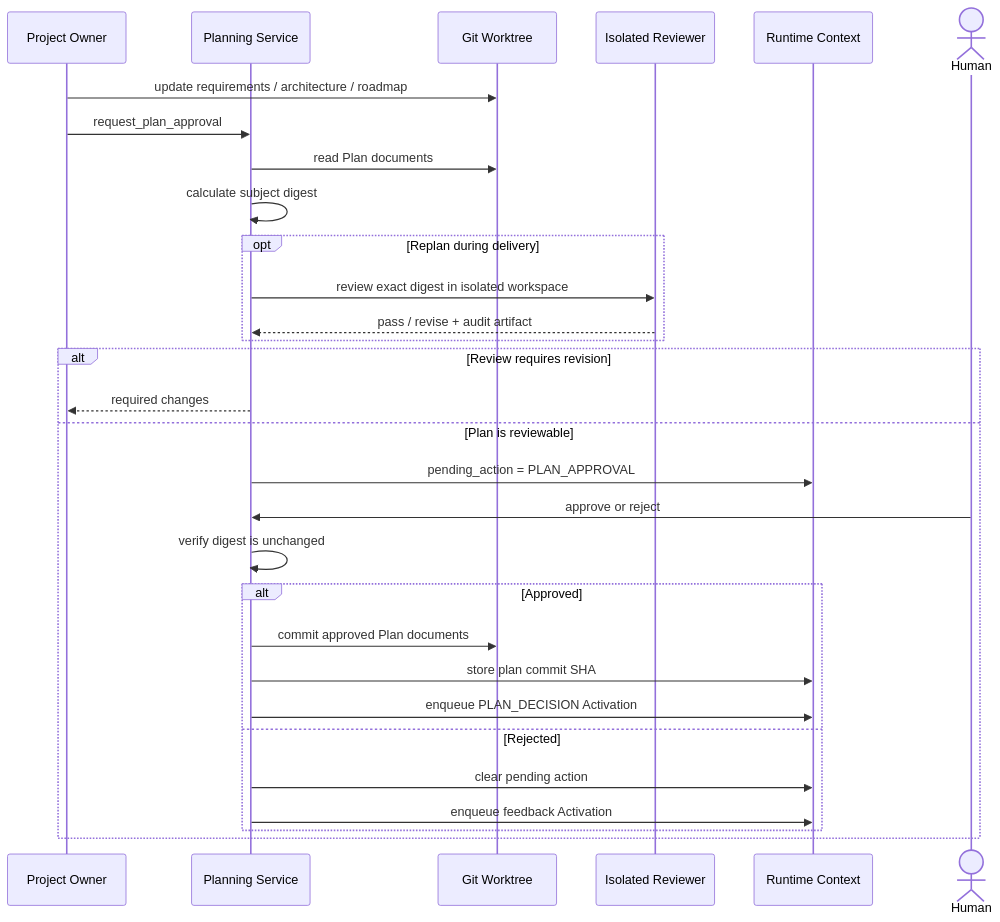
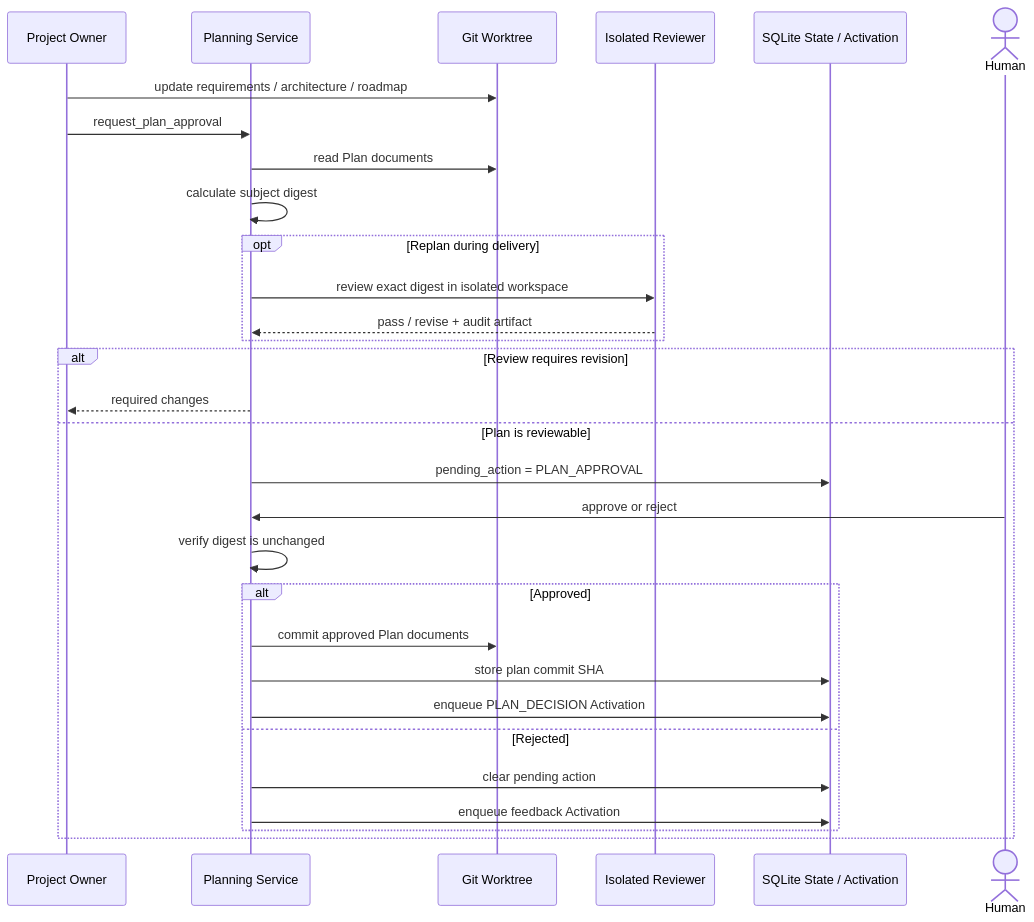
One commit to aowo-1345/AgentPanelX changed the fifth of 10 diagrams in docs/architecture.md. Above: the diagram before and after it, drawn with Mermaid. The commit also changed other lines of this file and 30 other files, not shown here.

Commit message:
refactor: complete project runtime context migration

````diff
--- a/docs/architecture.md
+++ b/docs/architecture.md
@@ -289,33 +290,33 @@
 ```mermaid
 sequenceDiagram
     participant Owner as Project Owner
     participant Planning as Planning Service
     participant Git as Git Worktree
     participant Reviewer as Isolated Reviewer
-    participant DB as Runtime Context
+    participant DB as SQLite State / Activation
     actor Human
 
     Owner->>Git: update requirements / architecture / roadmap
     Owner->>Planning: request_plan_approval
     Planning->>Git: read Plan documents
     Planning->>Planning: calculate subject digest
     opt Replan during delivery
         Planning->>Reviewer: review exact digest in isolated workspace
         Reviewer-->>Planning: pass / revise + audit artifact
     end
     alt Review requires revision
         Planning-->>Owner: required changes
     else Plan is reviewable
         Planning->>DB: pending_action = PLAN_APPROVAL
         Human->>Planning: approve or reject
         Planning->>Planning: verify digest is unchanged
         alt Approved
             Planning->>Git: commit approved Plan documents
             Planning->>DB: store plan commit SHA
             Planning->>DB: enqueue PLAN_DECISION Activation
         else Rejected
             Planning->>DB: clear pending action
             Planning->>DB: enqueue feedback Activation
         end
     end
 ```
````
